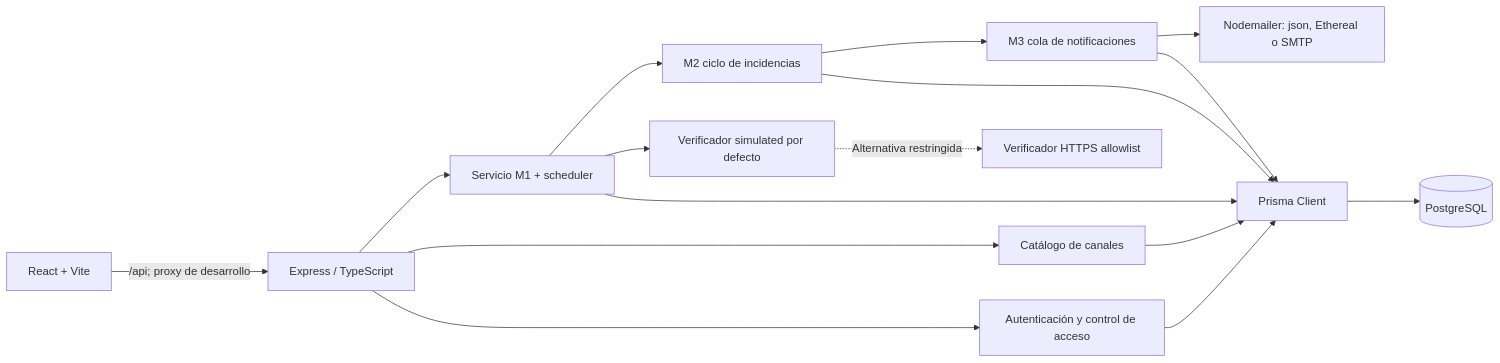
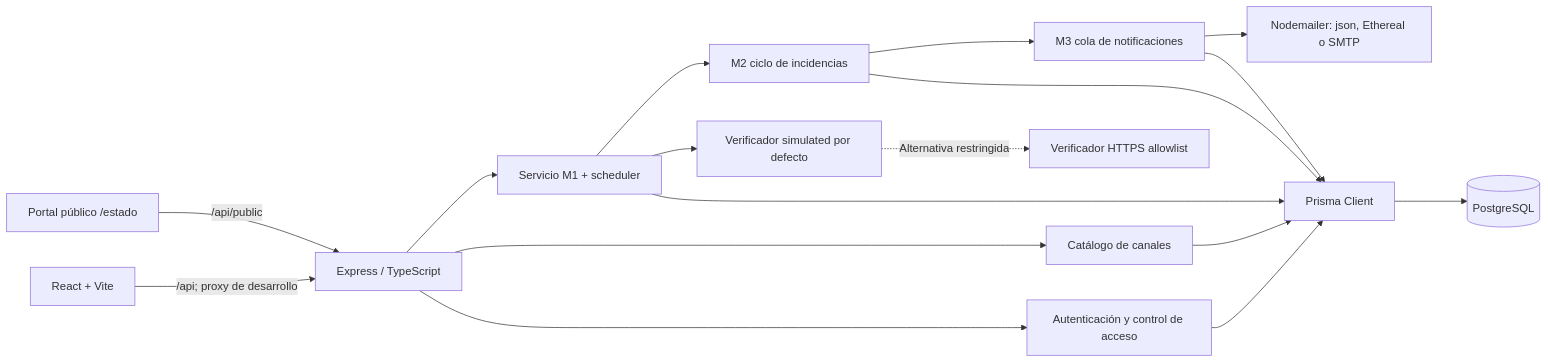
One commit to Enerdev/Sistemas-de-la-Informacion changed the diagram in docs/manual-tecnico.md. Above: the diagram before and after it, drawn with Mermaid. The commit also changed other lines of this file and 15 other files, not shown here.

First line of the commit message:
Agrega M4: portal público de estado y reportes ciudadanos de fallas

````diff
--- a/docs/manual-tecnico.md
+++ b/docs/manual-tecnico.md
@@ -9,18 +9,19 @@
 ```mermaid
 flowchart LR
     Browser[React + Vite] -->|/api; proxy de desarrollo| Express[Express / TypeScript]
     Express --> Auth[Autenticación y control de acceso]
     Express --> Channel[Catálogo de canales]
     Express --> Monitor[Servicio M1 + scheduler]
     Monitor --> Verifier[Verificador simulated por defecto]
     Verifier -. Alternativa restringida .-> HTTP[Verificador HTTPS allowlist]
     Monitor --> Incident[M2 ciclo de incidencias]
+    Public[Portal público /estado] -->|/api/public| Express
     Incident --> Outbox[M3 cola de notificaciones]
     Outbox --> Mailer[Nodemailer: json, Ethereal o SMTP]
     Auth --> Prisma[Prisma Client]
     Channel --> Prisma
     Monitor --> Prisma
     Incident --> Prisma
     Outbox --> Prisma
     Prisma --> PG[(PostgreSQL)]
 ```
````
